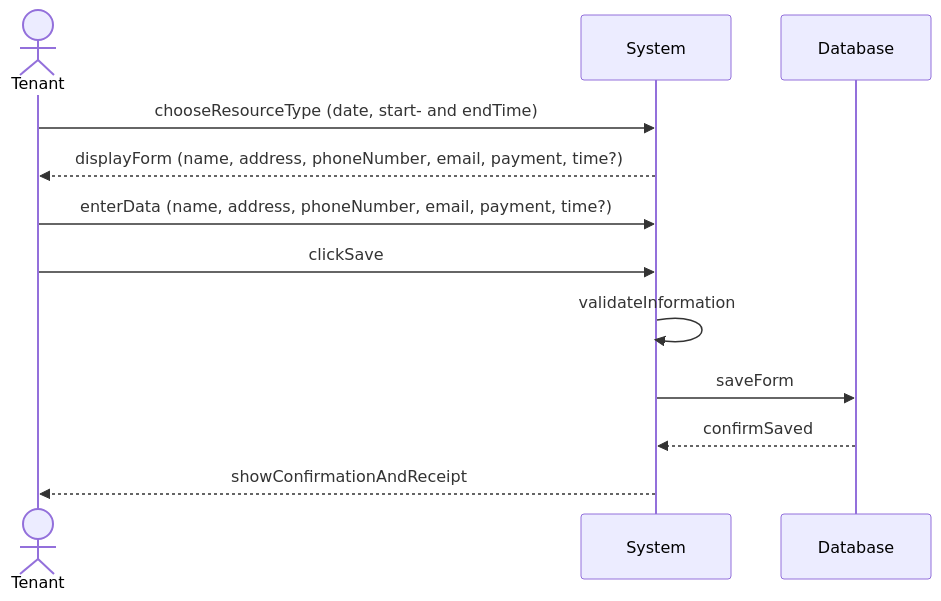
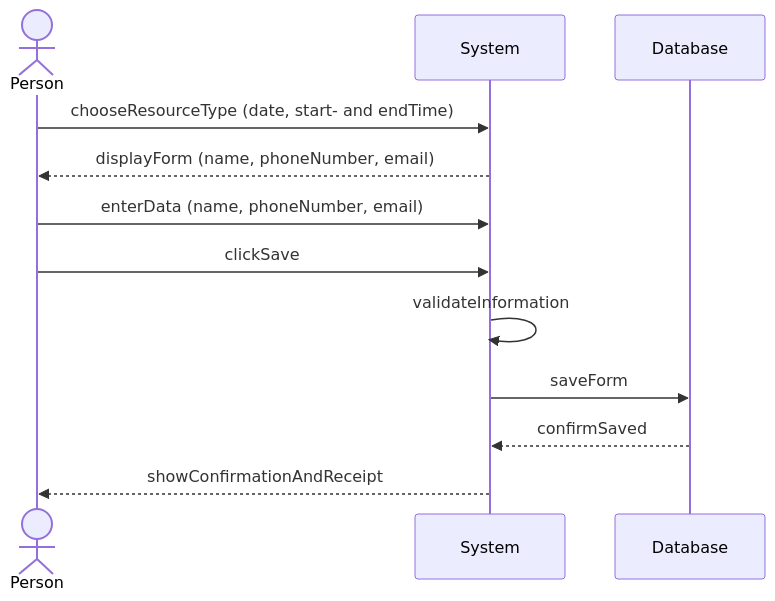
One commit to CecilieSM/Snekken changed the diagram in SDUC2.mmd. Above: the diagram before and after it, drawn with Mermaid.

```diff
--- a/SDUC2.mmd
+++ b/SDUC2.mmd
@@ -1,12 +1,12 @@
 sequenceDiagram
-    actor Tenant
+    actor Person
     participant System
 
-    Tenant->>System: chooseResourceType (date, start- and endTime)
-    System-->>Tenant: displayForm (name, address, phoneNumber, email, payment, time?)
-    Tenant->>System: enterData (name, address, phoneNumber, email, payment, time?)
-    Tenant->>System: clickSave
+    Person->>System: chooseResourceType (date, start- and endTime)
+    System-->>Person: displayForm (name, phoneNumber, email)
+    Person->>System: enterData (name, phoneNumber, email)
+    Person->>System: clickSave
     System->>System: validateInformation
     System->>Database: saveForm
     Database-->>System: confirmSaved
-    System-->>Tenant: showConfirmationAndReceipt
+    System-->>Person: showConfirmationAndReceipt
```
